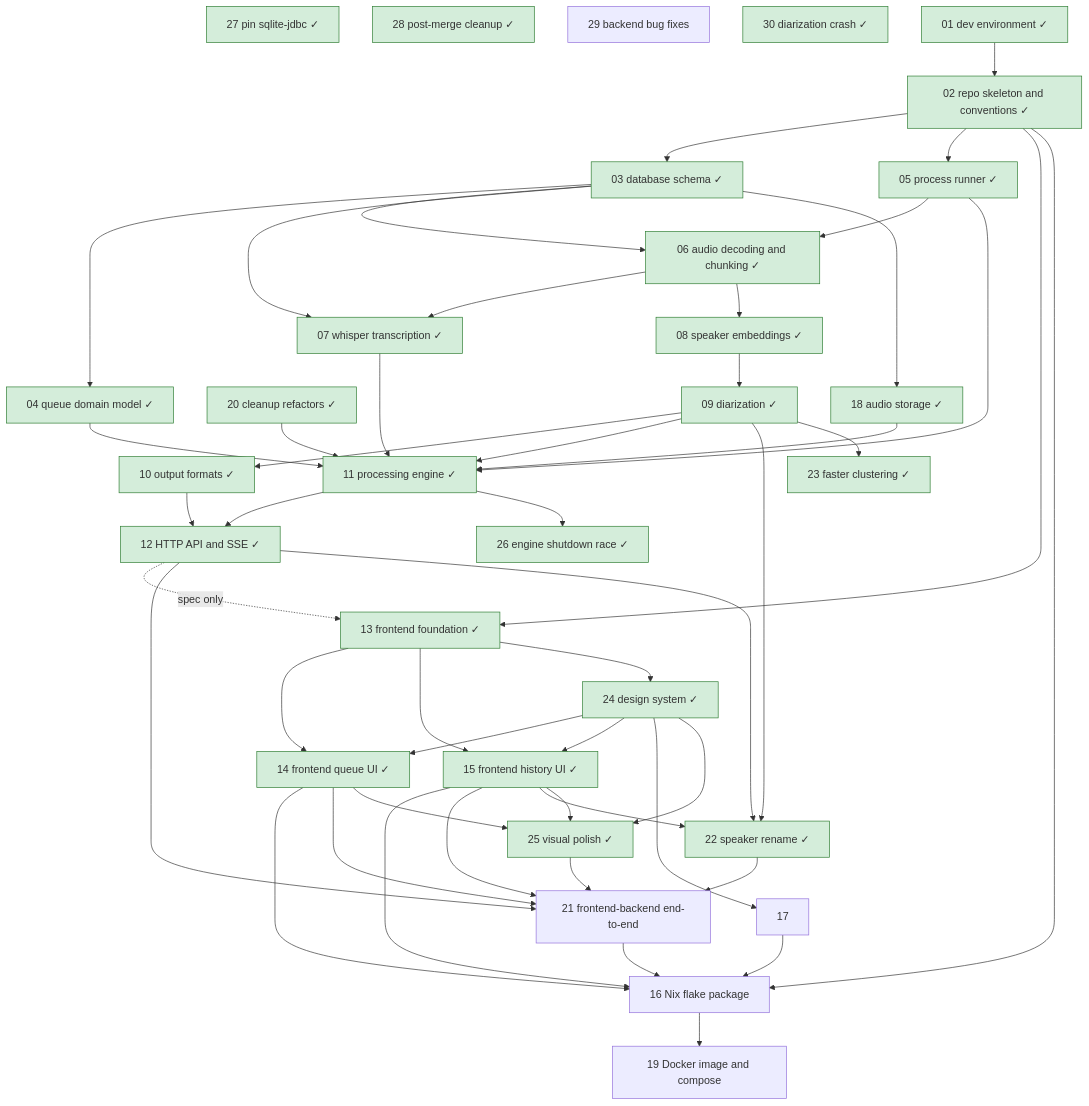
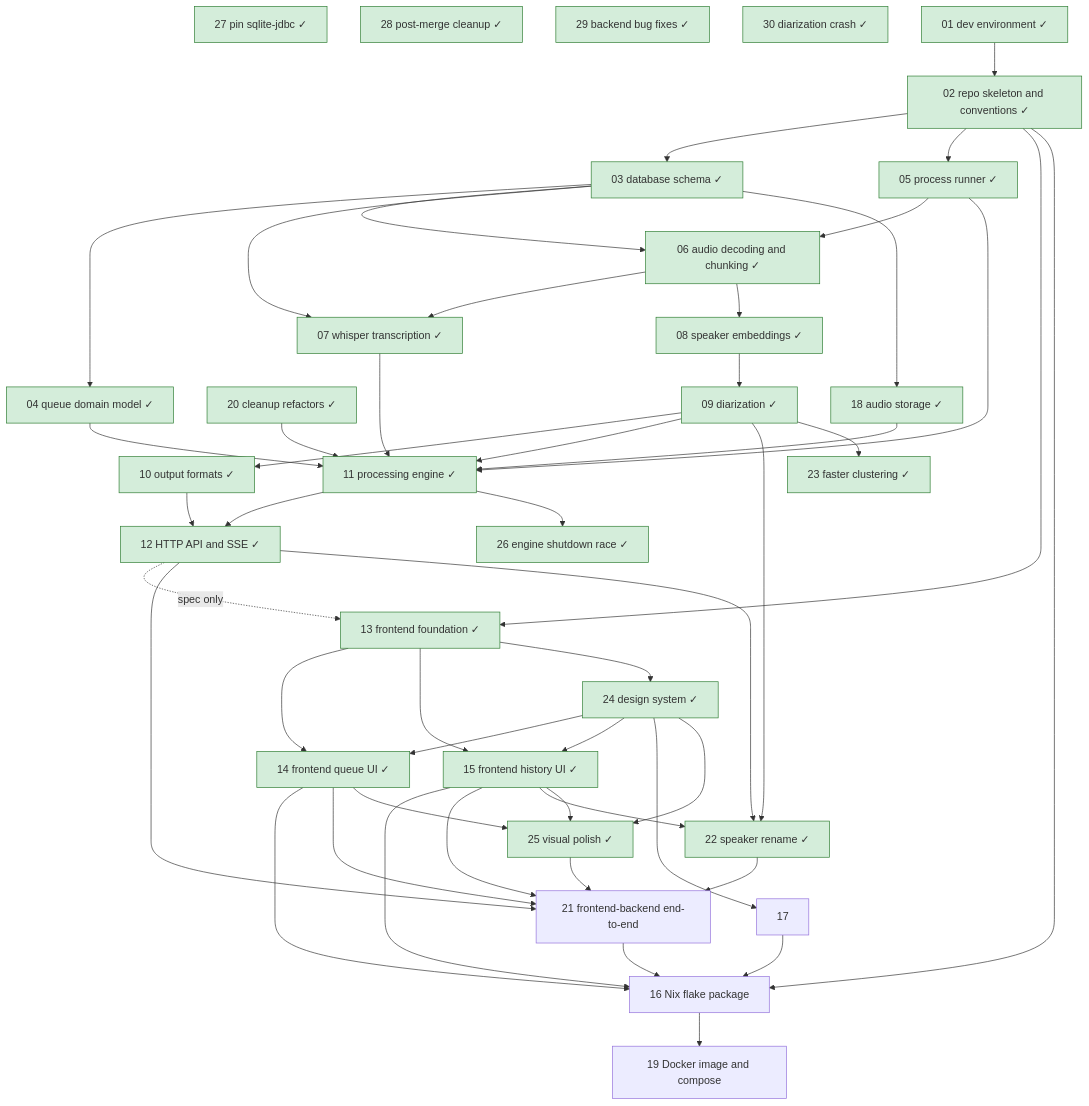
Before and after one commit to lulu-berlin/speech-to-text-app: the diagram in roadmap/README.md, drawn with Mermaid. The commit also changed other lines of this file and 1 other file, not shown here.

Commit message:
Complete roadmap item 29: move spec to docs/specs/post-merge-bug-fixes.md

````diff
--- a/roadmap/README.md
+++ b/roadmap/README.md
@@ -17,56 +17,56 @@
 ```mermaid
 graph TD
   01[01 dev environment ✓]:::done --> 02[02 repo skeleton and conventions ✓]:::done
   02 --> 03[03 database schema ✓]:::done
   03 --> 04[04 queue domain model ✓]:::done
   02 --> 05[05 process runner ✓]:::done
   05 --> 06[06 audio decoding and chunking ✓]:::done
   03 --> 06
   06 --> 07[07 whisper transcription ✓]:::done
   03 --> 07
   06 --> 08[08 speaker embeddings ✓]:::done
   08 --> 09[09 diarization ✓]:::done
   09 --> 10[10 output formats ✓]:::done
   04 --> 11[11 processing engine ✓]:::done
   05 --> 11
   07 --> 11
   09 --> 11
   03 --> 18[18 audio storage ✓]:::done
   18 --> 11
   20 --> 11
   11 --> 12[12 HTTP API and SSE ✓]:::done
   10 --> 12
   02 --> 13[13 frontend foundation ✓]:::done
   12 -. spec only .-> 13
   13 --> 14[14 frontend queue UI ✓]:::done
   13 --> 15[15 frontend history UI ✓]:::done
   02 --> 16[16 Nix flake package]
   14 --> 16
   15 --> 16
   17 --> 16
   20[20 cleanup refactors ✓]:::done
   12 --> 21[21 frontend-backend end-to-end]
   14 --> 21
   15 --> 21
   22 --> 21
   25 --> 21
   16 --> 19[19 Docker image and compose]
   21 --> 16
   09 --> 22[22 speaker rename ✓]:::done
   12 --> 22
   15 --> 22
   09 --> 23[23 faster clustering ✓]:::done
   13 --> 24[24 design system ✓]:::done
   24 --> 14
   24 --> 15
   24 --> 17
   24 --> 25[25 visual polish ✓]:::done
   14 --> 25
   15 --> 25
   11 --> 26[26 engine shutdown race ✓]:::done
   27[27 pin sqlite-jdbc ✓]:::done
   28[28 post-merge cleanup ✓]:::done
-  29[29 backend bug fixes]
+  29[29 backend bug fixes ✓]:::done
   30[30 diarization crash ✓]:::done
   classDef done fill:#d4edda,stroke:#2e7d32
 ```
````
